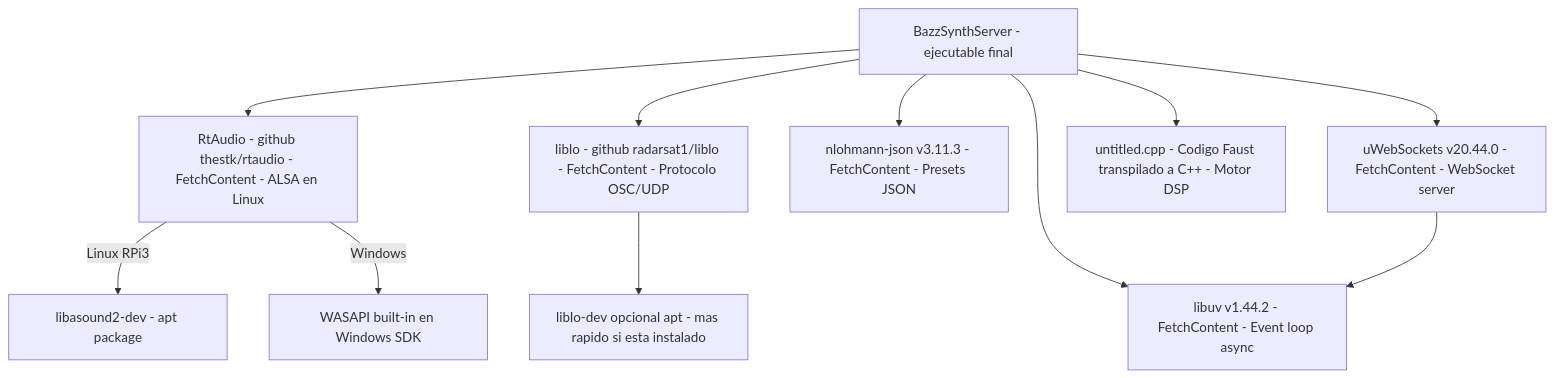
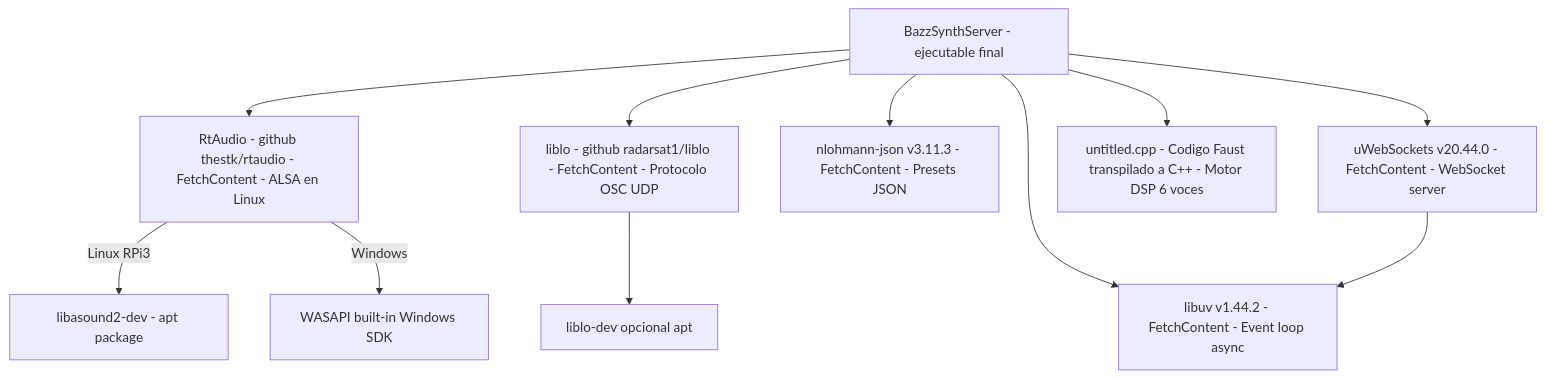
Before and after one commit to Zann181/sintetizador: diagram 12 of 12 in README.md, drawn with Mermaid. The commit also changed other lines of this file and 21 other files, not shown here.

````diff
--- a/README.md
+++ b/README.md
@@ -1644,16 +1500,16 @@
 ```mermaid
 graph TD
     EXE["BazzSynthServer - ejecutable final"]
 
     EXE --> RTAUDIO_DEP["RtAudio - github thestk/rtaudio - FetchContent - ALSA en Linux"]
-    EXE --> LIBLO_DEP["liblo - github radarsat1/liblo - FetchContent - Protocolo OSC/UDP"]
+    EXE --> LIBLO_DEP["liblo - github radarsat1/liblo - FetchContent - Protocolo OSC UDP"]
     EXE --> NLOHMANN_DEP["nlohmann-json v3.11.3 - FetchContent - Presets JSON"]
     EXE --> UWS_DEP["uWebSockets v20.44.0 - FetchContent - WebSocket server"]
     EXE --> LIBUV_DEP["libuv v1.44.2 - FetchContent - Event loop async"]
-    EXE --> FAUST_DEP["untitled.cpp - Codigo Faust transpilado a C++ - Motor DSP"]
+    EXE --> FAUST_DEP["untitled.cpp - Codigo Faust transpilado a C++ - Motor DSP 6 voces"]
 
     RTAUDIO_DEP -->|"Linux RPi3"| ALSA_SYS["libasound2-dev - apt package"]
-    RTAUDIO_DEP -->|"Windows"| WASAPI_SYS["WASAPI built-in en Windows SDK"]
-    LIBLO_DEP --> LO_OPT["liblo-dev opcional apt - mas rapido si esta instalado"]
+    RTAUDIO_DEP -->|"Windows"| WASAPI_SYS["WASAPI built-in Windows SDK"]
+    LIBLO_DEP --> LO_OPT["liblo-dev opcional apt"]
     UWS_DEP --> LIBUV_DEP
 ```
````
